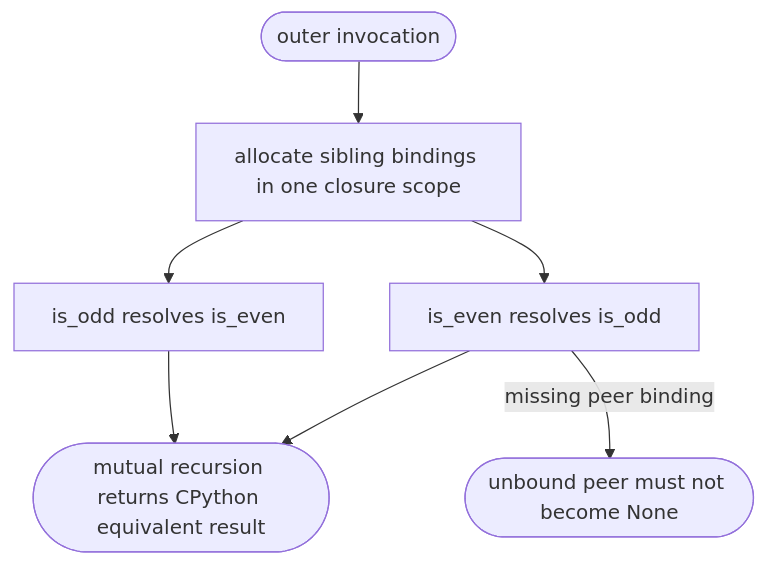
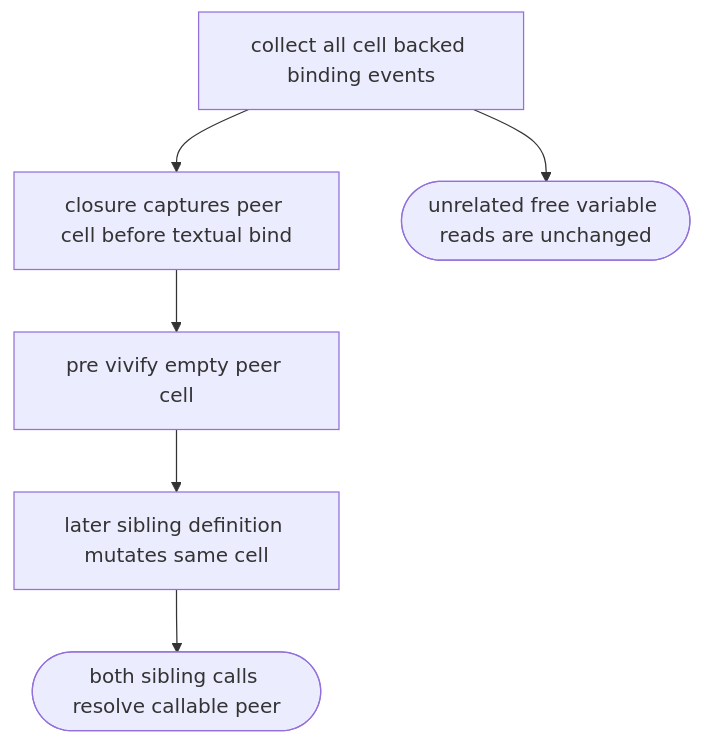
Before and after one commit to chrischeng-c4/axiom: the first of 2 diagrams in .aw/tech-design/projects/mamba/logic/mamba-language-core-restore-nested-sibling-mutual-recursion.md, drawn with Mermaid. The commit also changed other lines of this file, not shown here.

Commit message:
td(1477) — contract section: logic
Lifecycle-Slug: 1477
Work-Item: 1477
Lifecycle-Stage: Td-Section
Lifecycle-Phase: td_contract_in_progress
Lifecycle-Pass: contract
TD-Section: logic
Previous-Phase: td_applicability_created
Next-Phase: td_contract_in_progress
Next-Command: aw td create

````diff
--- a/.aw/tech-design/projects/mamba/logic/mamba-language-core-restore-nested-sibling-mutual-recursion.md
+++ b/.aw/tech-design/projects/mamba/logic/mamba-language-core-restore-nested-sibling-mutual-recursion.md
@@ -10,27 +10,25 @@
 ```mermaid
 ---
-id: mamba-nested-sibling-recursion-applicability
-entry: nested sibling function call
+id: mamba-nested-sibling-recursion-contract
+entry: nested function definition
 nodes:
-  outer: { kind: start, label: outer invocation }
-  bind: { kind: process, label: allocate sibling bindings in one closure scope }
-  first: { kind: process, label: is_even resolves is_odd }
-  second: { kind: process, label: is_odd resolves is_even }
-  result: { kind: terminal, label: mutual recursion returns CPython equivalent result }
-  reject: { kind: terminal, label: unbound peer must not become None }
+  prescan: { kind: process, label: collect all cell backed binding events }
+  closure: { kind: process, label: closure captures peer cell before textual bind }
+  cell: { kind: process, label: pre vivify empty peer cell }
+  bind: { kind: process, label: later sibling definition mutates same cell }
+  call: { kind: terminal, label: both sibling calls resolve callable peer }
+  boundary: { kind: terminal, label: unrelated free variable reads are unchanged }
 edges:
-  - { from: outer, to: bind }
-  - { from: bind, to: first }
-  - { from: bind, to: second }
-  - { from: first, to: result }
-  - { from: second, to: result }
-  - { from: first, to: reject, label: missing peer binding }
+  - { from: prescan, to: closure }
+  - { from: closure, to: cell }
+  - { from: cell, to: bind }
+  - { from: bind, to: call }
+  - { from: prescan, to: boundary }
 ---
 flowchart TD
-    outer([outer invocation]) --> bind[allocate sibling bindings in one closure scope]
-    bind --> first[is_even resolves is_odd]
-    bind --> second[is_odd resolves is_even]
-    first --> result([mutual recursion returns CPython equivalent result])
-    second --> result
-    first -- missing peer binding --> reject([unbound peer must not become None])
+    prescan[collect all cell backed binding events] --> closure[closure captures peer cell before textual bind]
+    closure --> cell[pre vivify empty peer cell]
+    cell --> bind[later sibling definition mutates same cell]
+    bind --> call([both sibling calls resolve callable peer])
+    prescan --> boundary([unrelated free variable reads are unchanged])
 ```
````
